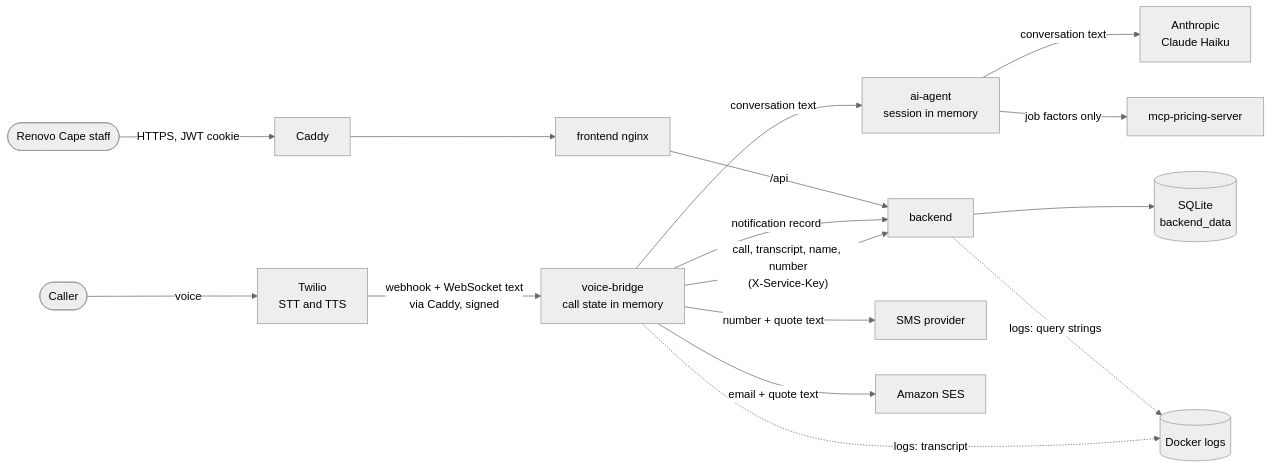
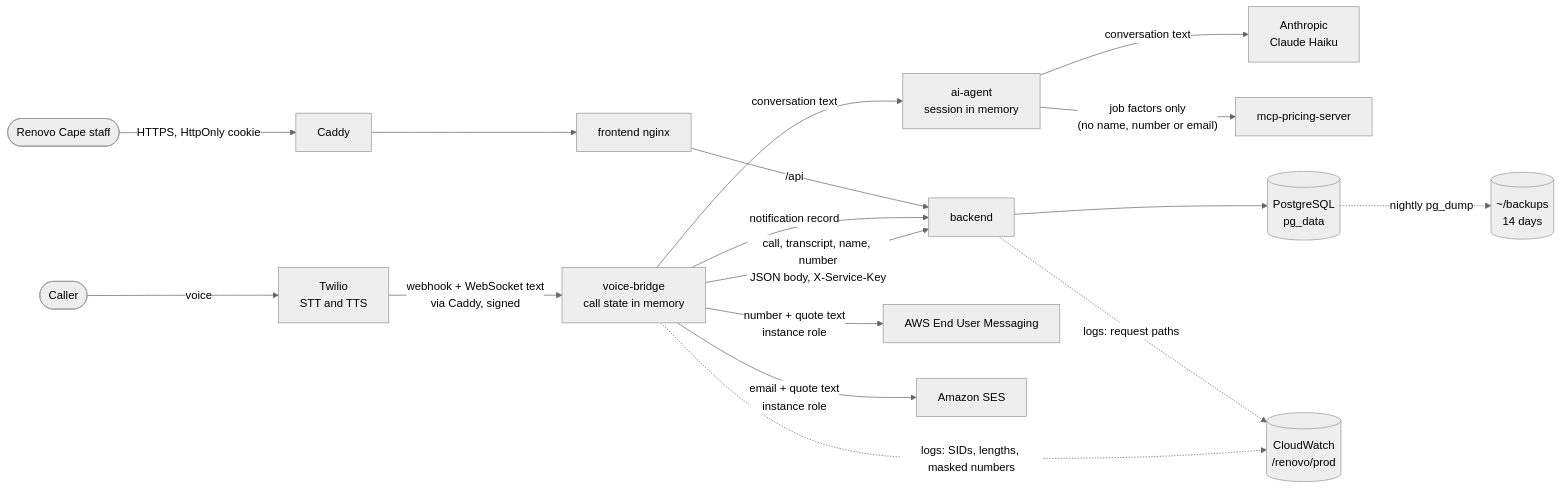
The diagram in docs/security-design.md (YandaTech/INSY7315-Renovo), drawn with Mermaid (neutral theme) before and after one commit. The commit also changed other lines of this file and 1 other file, not shown here.

````diff
--- a/docs/security-design.md
+++ b/docs/security-design.md
@@ -88,16 +170,17 @@
 ```mermaid
 flowchart LR
     C([Caller]) -- voice --> T[Twilio<br/>STT and TTS]
     T -- "webhook + WebSocket text<br/>via Caddy, signed" --> VB[voice-bridge<br/>call state in memory]
     VB -- "conversation text" --> AG[ai-agent<br/>session in memory]
     AG -- "conversation text" --> AN[Anthropic<br/>Claude Haiku]
-    AG -- "job factors only" --> PR[mcp-pricing-server]
-    VB -- "call, transcript, name, number<br/>(X-Service-Key)" --> BE[backend]
-    BE --> DB[(SQLite<br/>backend_data)]
-    VB -- "number + quote text" --> SMS[SMS provider]
-    VB -- "email + quote text" --> SES[Amazon SES]
+    AG -- "job factors only<br/>(no name, number or email)" --> PR[mcp-pricing-server]
+    VB -- "call, transcript, name, number<br/>JSON body, X-Service-Key" --> BE[backend]
+    BE --> DB[(PostgreSQL<br/>pg_data)]
+    DB -. "nightly pg_dump" .-> BK[(~/backups<br/>14 days)]
+    VB -- "number + quote text<br/>instance role" --> SMS[AWS End User Messaging]
+    VB -- "email + quote text<br/>instance role" --> SES[Amazon SES]
     VB -- "notification record" --> BE
-    S([Renovo Cape staff]) -- "HTTPS, JWT cookie" --> CA[Caddy] --> FE[frontend nginx] -- "/api" --> BE
-    VB -. "logs: transcript" .-> L[(Docker logs)]
-    BE -. "logs: query strings" .-> L
+    S([Renovo Cape staff]) -- "HTTPS, HttpOnly cookie" --> CA[Caddy] --> FE[frontend nginx] -- "/api" --> BE
+    VB -. "logs: SIDs, lengths, masked numbers" .-> L[(CloudWatch<br/>/renovo/prod)]
+    BE -. "logs: request paths" .-> L
 ```
````
